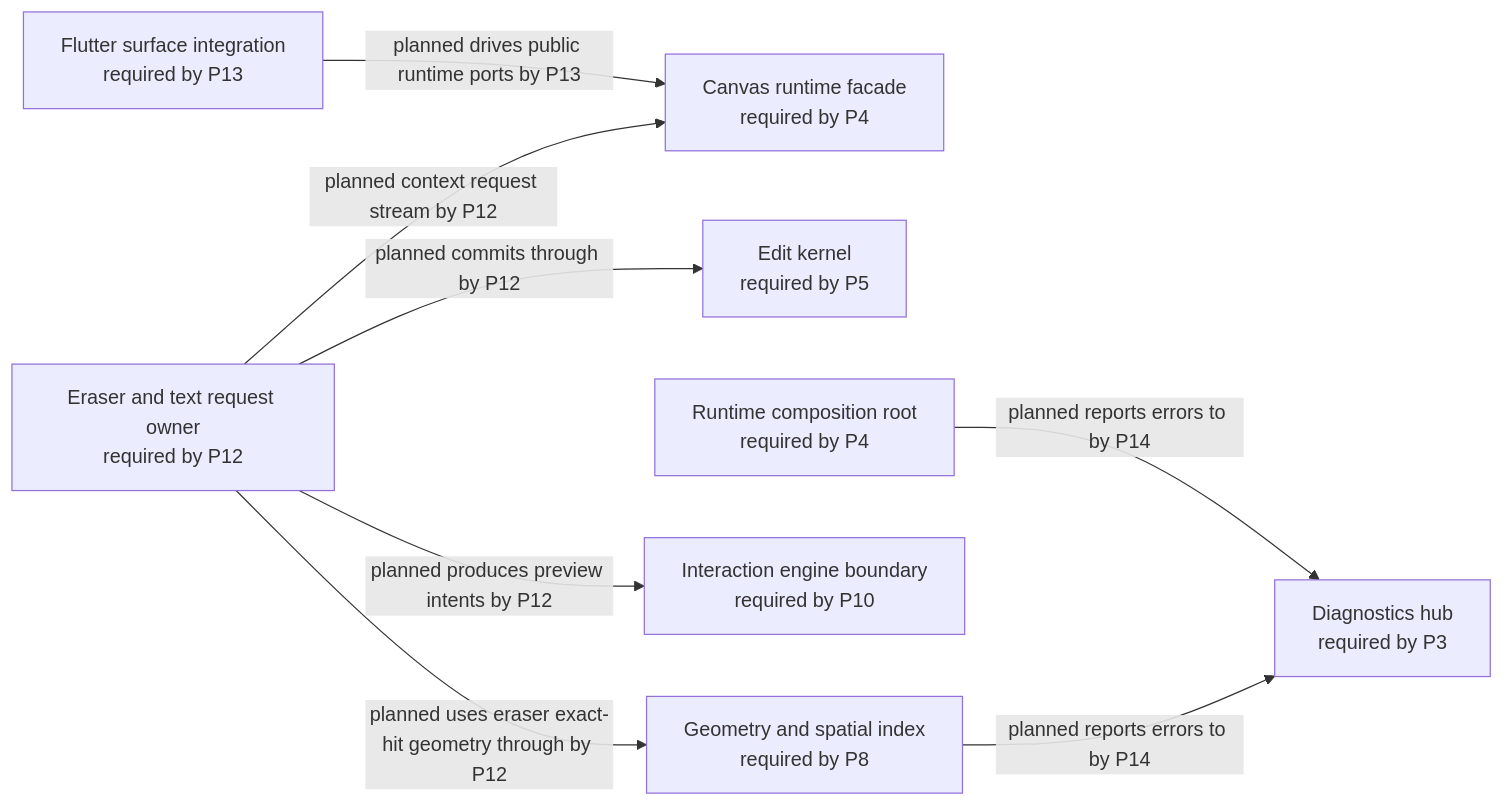
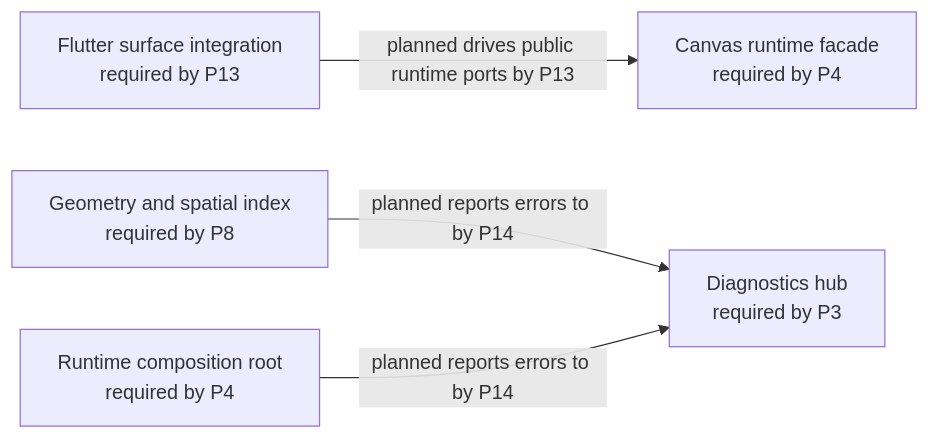
Before and after one commit to GreatPika/iwb_canvas_engine: the diagram in docs/diagrams/generated/future_target.mmd, drawn with Mermaid. The commit also changed 17 other files, not shown here.

First line of the commit message:
docs(architecture): close p12 graph and proof inventory

```diff
--- a/docs/diagrams/generated/future_target.mmd
+++ b/docs/diagrams/generated/future_target.mmd
@@ -1,21 +1,14 @@
 %% GENERATED FILE. Do not edit by hand.
 %% Source: docs/architecture/architecture_graph.yaml
 %% View: Future target architecture graph
-%% Selected phase: P11
+%% Selected phase: P12
 %% Note: Shows future planned edges after the selected phase plus their endpoint nodes for context.
 flowchart LR
   api_canvas_runtime["Canvas runtime facade<br/>required by P4"]
   diagnostics_hub["Diagnostics hub<br/>required by P3"]
-  edit_kernel["Edit kernel<br/>required by P5"]
-  eraser_text_request["Eraser and text request owner<br/>required by P12"]
   flutter_surface["Flutter surface integration<br/>required by P13"]
   geometry_spatial_index["Geometry and spatial index<br/>required by P8"]
-  interaction_engine["Interaction engine boundary<br/>required by P10"]
   runtime_root["Runtime composition root<br/>required by P4"]
-  eraser_text_request -->|planned commits through by P12| edit_kernel
-  eraser_text_request -->|planned produces preview intents by P12| interaction_engine
-  eraser_text_request -->|planned context request stream by P12| api_canvas_runtime
-  eraser_text_request -->|planned uses eraser exact-hit geometry through by P12| geometry_spatial_index
   flutter_surface -->|planned drives public runtime ports by P13| api_canvas_runtime
   geometry_spatial_index -->|planned reports errors to by P14| diagnostics_hub
   runtime_root -->|planned reports errors to by P14| diagnostics_hub
```
